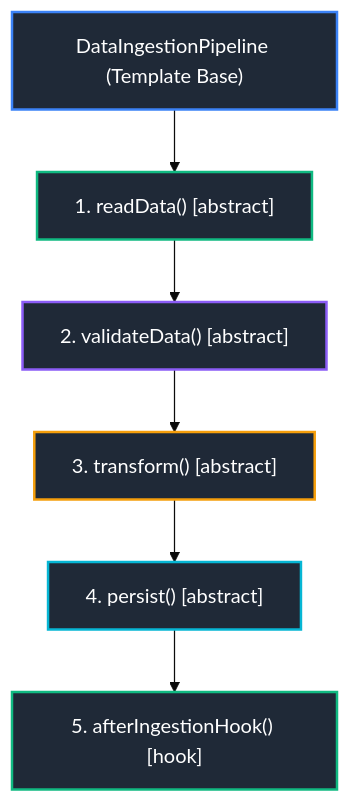
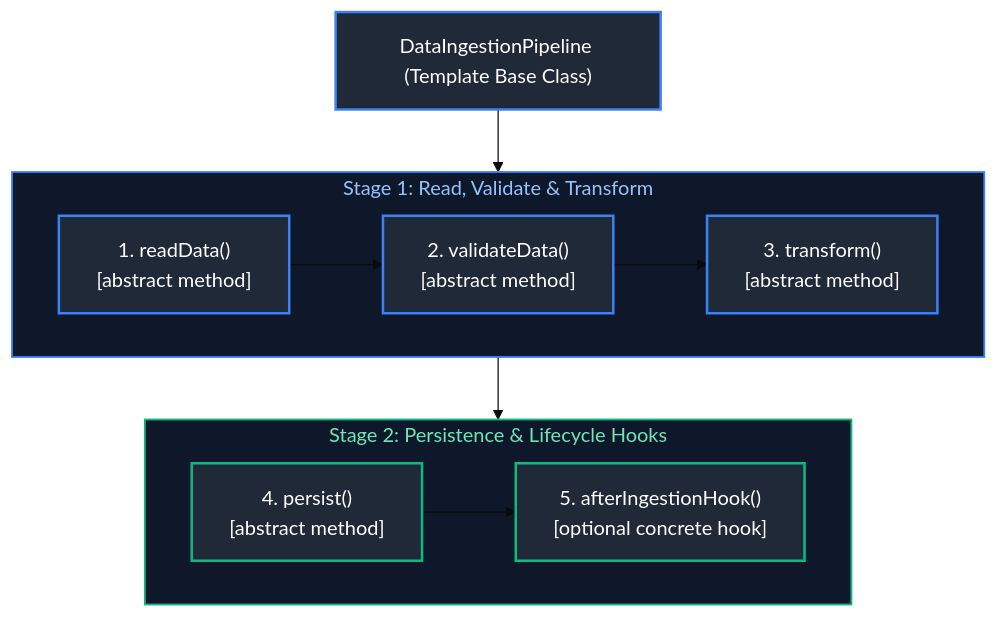
Diagram 17 of 22 in Java Backend Engineering/06_design_patterns_solid_software_architecture.md (joydeep-biswas/Interview-Preparation), drawn with Mermaid (base theme) before and after one commit. The commit also changed other lines of this file and 76 other files, not shown here.

Commit message:
Updated Charts

````diff
--- a/Java Backend Engineering/06_design_patterns_solid_software_architecture.md
+++ b/Java Backend Engineering/06_design_patterns_solid_software_architecture.md
@@ -1035,16 +1123,26 @@
 ```mermaid
 flowchart TD
-    Template["DataIngestionPipeline (Template Base)"]
-    Template --> Step1["1. readData() [abstract]"]
-    Step1 --> Step2["2. validateData() [abstract]"]
-    Step2 --> Step3["3. transform() [abstract]"]
-    Step3 --> Step4["4. persist() [abstract]"]
-    Step4 --> Step5["5. afterIngestionHook() [hook]"]
+    Template["DataIngestionPipeline (Template Base Class)"]
 
+    subgraph Stage1 ["Stage 1: Read, Validate & Transform"]
+        direction LR
+        Step1["1. readData()<br/>[abstract method]"] --> Step2["2. validateData()<br/>[abstract method]"] --> Step3["3. transform()<br/>[abstract method]"]
+    end
+
+    subgraph Stage2 ["Stage 2: Persistence & Lifecycle Hooks"]
+        direction LR
+        Step4["4. persist()<br/>[abstract method]"] --> Step5["5. afterIngestionHook()<br/>[optional concrete hook]"]
+    end
+
+    Template --> Stage1
+    Stage1 --> Stage2
+
+    style Stage1 fill:#0f172a,stroke:#3b82f6,stroke-width:1.5px,color:#93c5fd
+    style Stage2 fill:#0f172a,stroke:#10b981,stroke-width:1.5px,color:#6ee7b7
     style Template fill:#1f2937,stroke:#3b82f6,stroke-width:2px,color:#fff
-    style Step1 fill:#1f2937,stroke:#10b981,stroke-width:2px,color:#fff
-    style Step2 fill:#1f2937,stroke:#8b5cf6,stroke-width:2px,color:#fff
-    style Step3 fill:#1f2937,stroke:#f59e0b,stroke-width:2px,color:#fff
-    style Step4 fill:#1f2937,stroke:#06b6d4,stroke-width:2px,color:#fff
+    style Step1 fill:#1f2937,stroke:#3b82f6,stroke-width:2px,color:#fff
+    style Step2 fill:#1f2937,stroke:#3b82f6,stroke-width:2px,color:#fff
+    style Step3 fill:#1f2937,stroke:#3b82f6,stroke-width:2px,color:#fff
+    style Step4 fill:#1f2937,stroke:#10b981,stroke-width:2px,color:#fff
     style Step5 fill:#1f2937,stroke:#10b981,stroke-width:2px,color:#fff
 ```
````
